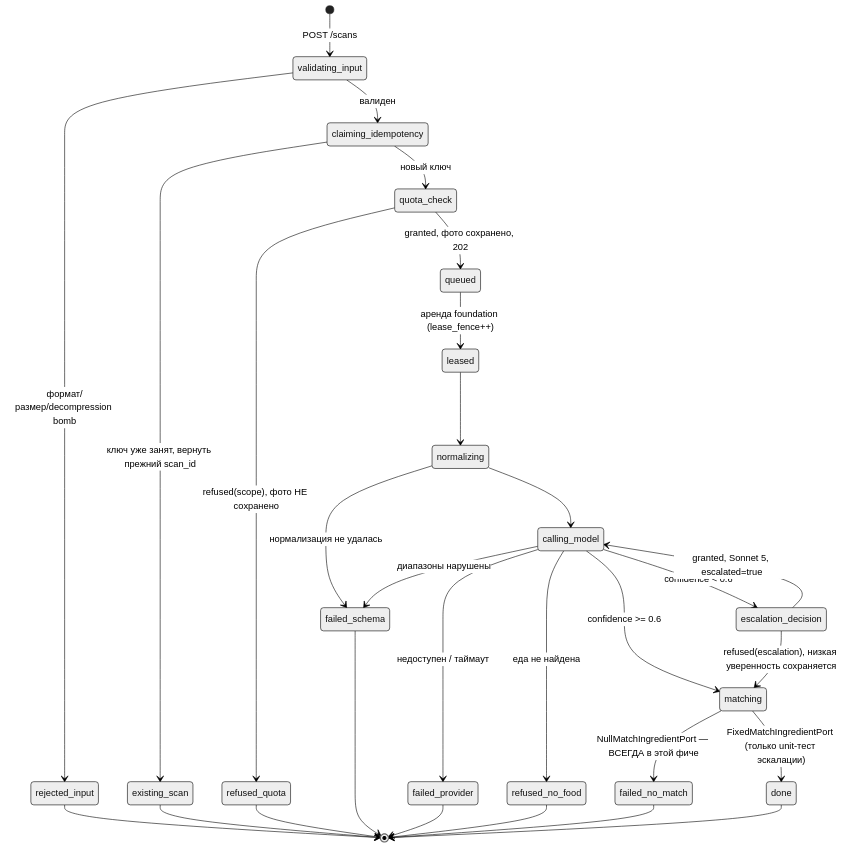
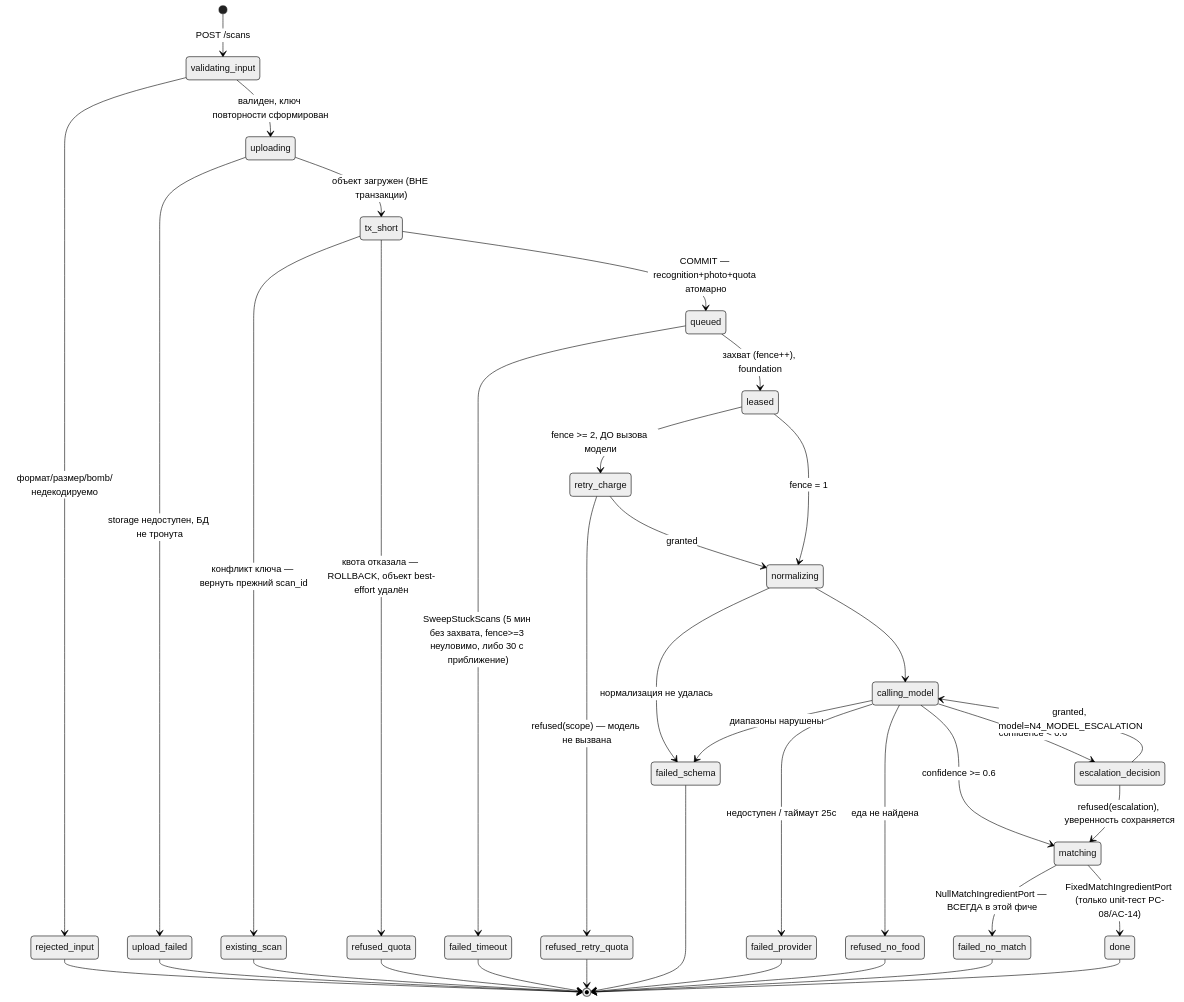
One commit to djd1m/2026-AUG-PU-Projects changed the diagram in projects/04-calorie-vision-cal-ai/docs/features/scan-pipeline/02_pseudocode.md. Above: the diagram before and after it, drawn with Mermaid (neutral theme). The commit also changed other lines of this file and 7 other files, not shown here.

First line of the commit message:
docs(scan-pipeline): plan v2 — PC-01..PC-09 closed (metered re-lease, atomic publication, deadlines, decode-before-commit, orientation, day boundary, model_call events, port cardinality, model parameter)

````diff
--- a/projects/04-calorie-vision-cal-ai/docs/features/scan-pipeline/02_pseudocode.md
+++ b/projects/04-calorie-vision-cal-ai/docs/features/scan-pipeline/02_pseudocode.md
@@ -253,32 +412,40 @@
 ```mermaid
 stateDiagram-v2
     [*] --> validating_input: POST /scans
-    validating_input --> rejected_input: формат/размер/decompression bomb
-    validating_input --> claiming_idempotency: валиден
-    claiming_idempotency --> quota_check: новый ключ
-    claiming_idempotency --> existing_scan: ключ уже занят, вернуть прежний scan_id
-    quota_check --> refused_quota: refused(scope), фото НЕ сохранено
-    quota_check --> queued: granted, фото сохранено, 202
+    validating_input --> rejected_input: формат/размер/bomb/недекодируемо
+    validating_input --> uploading: валиден, ключ повторности сформирован
+    uploading --> tx_short: объект загружен (ВНЕ транзакции)
+    uploading --> upload_failed: storage недоступен, БД не тронута
+    tx_short --> existing_scan: конфликт ключа — вернуть прежний scan_id
+    tx_short --> refused_quota: квота отказала — ROLLBACK, объект best-effort удалён
+    tx_short --> queued: COMMIT — recognition+photo+quota атомарно
     rejected_input --> [*]
+    upload_failed --> [*]
     existing_scan --> [*]
     refused_quota --> [*]
 
-    queued --> leased: аренда foundation (lease_fence++)
-    leased --> normalizing
+    queued --> leased: захват (fence++), foundation
+    queued --> failed_timeout: SweepStuckScans (5 мин без захвата, fence>=3 неуловимо, либо 30 с приближение)
+    leased --> retry_charge: fence >= 2, ДО вызова модели
+    retry_charge --> refused_retry_quota: refused(scope) — модель не вызвана
+    retry_charge --> normalizing: granted
+    leased --> normalizing: fence = 1
     normalizing --> failed_schema: нормализация не удалась
     normalizing --> calling_model
-    calling_model --> failed_provider: недоступен / таймаут
+    calling_model --> failed_provider: недоступен / таймаут 25с
     calling_model --> failed_schema: диапазоны нарушены
     calling_model --> refused_no_food: еда не найдена
     calling_model --> escalation_decision: confidence < 0.6
     calling_model --> matching: confidence >= 0.6
-    escalation_decision --> calling_model: granted, Sonnet 5, escalated=true
-    escalation_decision --> matching: refused(escalation), низкая уверенность сохраняется
+    escalation_decision --> calling_model: granted, model=N4_MODEL_ESCALATION
+    escalation_decision --> matching: refused(escalation), уверенность сохраняется
     matching --> failed_no_match: NullMatchIngredientPort — ВСЕГДА в этой фиче
-    matching --> done: FixedMatchIngredientPort (только unit-тест эскалации)
+    matching --> done: FixedMatchIngredientPort (только unit-тест PC-08/AC-14)
+    failed_timeout --> [*]
+    refused_retry_quota --> [*]
     failed_schema --> [*]
     failed_provider --> [*]
     refused_no_food --> [*]
     failed_no_match --> [*]
     done --> [*]
 ```
````
